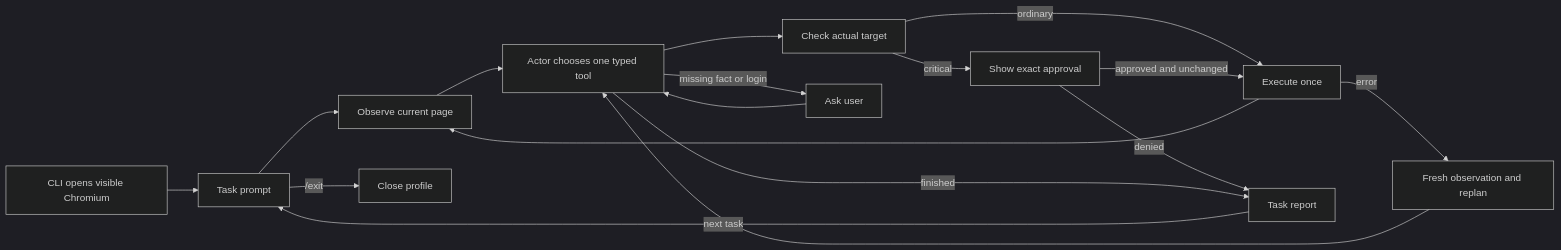
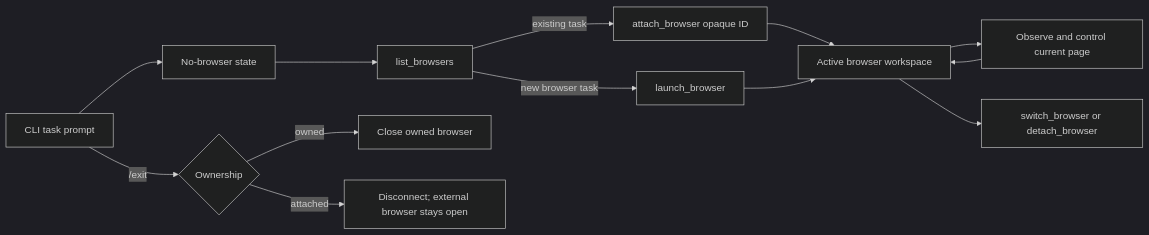
One commit to Nordup/sp-solution-test-assignment changed the diagram in docs/ARCHITECTURE.md. Above: the diagram before and after it, drawn with Mermaid (dark theme). The commit also changed other lines of this file and 13 other files, not shown here.

Commit message:
Let agent discover attach and launch browsers through tools

````diff
--- a/docs/ARCHITECTURE.md
+++ b/docs/ARCHITECTURE.md
@@ -11,19 +9,15 @@
 ```mermaid
 flowchart LR
-  C[CLI opens visible Chromium] --> P[Task prompt]
-  P --> O[Observe current page]
-  O --> D[Actor chooses one typed tool]
-  D --> S[Check actual target]
-  S -->|ordinary| E[Execute once]
-  S -->|critical| H[Show exact approval]
-  H -->|approved and unchanged| E
-  H -->|denied| F[Task report]
-  E --> O
-  E -->|error| R[Fresh observation and replan]
-  R --> D
-  D -->|missing fact or login| U[Ask user]
-  U --> D
-  D -->|finished| F
-  F -->|next task| P
-  P -->|/exit| X[Close profile]
+  C[CLI task prompt] --> N[No-browser state]
+  N --> L[list_browsers]
+  L -->|existing task| A[attach_browser opaque ID]
+  L -->|new browser task| B[launch_browser]
+  A --> W[Active browser workspace]
+  B --> W
+  W --> P[Observe and control current page]
+  W --> S[switch_browser or detach_browser]
+  P --> W
+  C -->|/exit| X{Ownership}
+  X -->|owned| Q[Close owned browser]
+  X -->|attached| D[Disconnect; external browser stays open]
 ```
````
